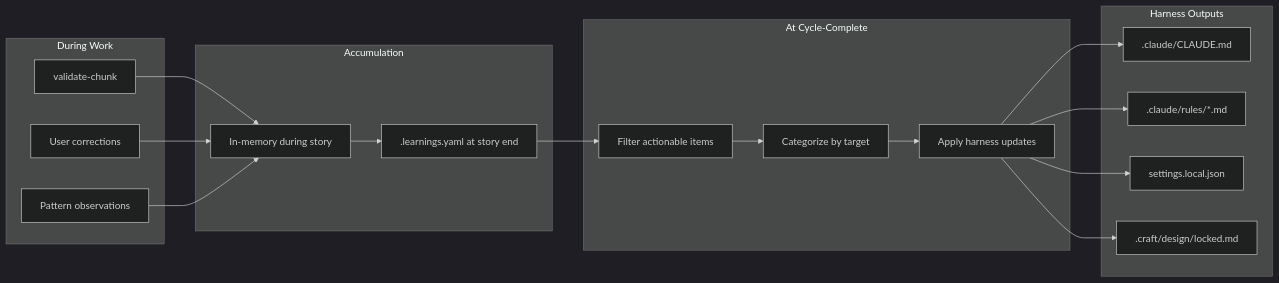
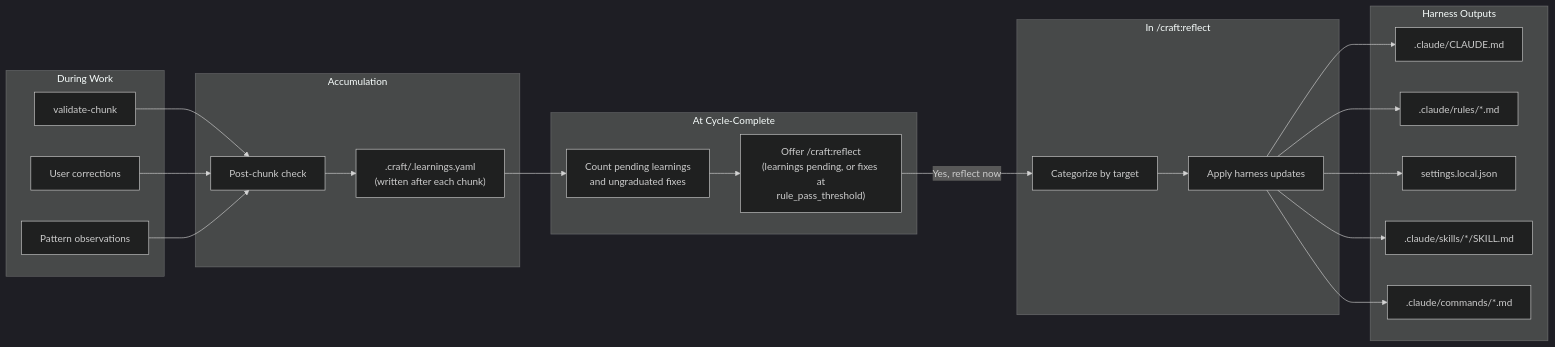
Diagram 15 of 15 in docs/decision-tree.md (agent-memory-atlas-archive/drobins25--craft), drawn with Mermaid before and after one commit. The commit also changed other lines of this file and 7 other files, not shown here.

````diff
--- a/docs/decision-tree.md
+++ b/docs/decision-tree.md
@@ -668,42 +693,49 @@
 ```mermaid
 %%{init: {'theme': 'dark'}}%%
 flowchart LR
     subgraph During_Work["During Work"]
         VALIDATE["validate-chunk"]
         CORRECT["User corrections"]
         OBSERVE["Pattern observations"]
     end
 
     subgraph Accumulate["Accumulation"]
-        MEMORY["In-memory during story"]
-        FILE[".learnings.yaml at story end"]
+        MEMORY["Post-chunk check"]
+        FILE[".craft/.learnings.yaml<br/>(written after each chunk)"]
     end
 
     subgraph Process["At Cycle-Complete"]
-        FILTER["Filter actionable items"]
+        COUNT["Count pending learnings<br/>and ungraduated fixes"]
+        OFFER["Offer /craft:reflect<br/>(learnings pending, or fixes at<br/>rule_pass_threshold)"]
+    end
+
+    subgraph Reflect["In /craft:reflect"]
         CATEGORIZE["Categorize by target"]
         APPLY["Apply harness updates"]
     end
 
     subgraph Harness["Harness Outputs"]
         CLAUDE[".claude/CLAUDE.md"]
         RULES[".claude/rules/*.md"]
         HOOKS["settings.local.json"]
-        LOCKED[".craft/design/locked.md"]
+        SKILLS[".claude/skills/*/SKILL.md"]
+        COMMANDS[".claude/commands/*.md"]
     end
 
     VALIDATE --> MEMORY
     CORRECT --> MEMORY
     OBSERVE --> MEMORY
 
     MEMORY --> FILE
 
-    FILE --> FILTER
-    FILTER --> CATEGORIZE
+    FILE --> COUNT
+    COUNT --> OFFER
+    OFFER -->|"Yes, reflect now"| CATEGORIZE
     CATEGORIZE --> APPLY
 
     APPLY --> CLAUDE
     APPLY --> RULES
     APPLY --> HOOKS
-    APPLY --> LOCKED
+    APPLY --> SKILLS
+    APPLY --> COMMANDS
 ```
````
